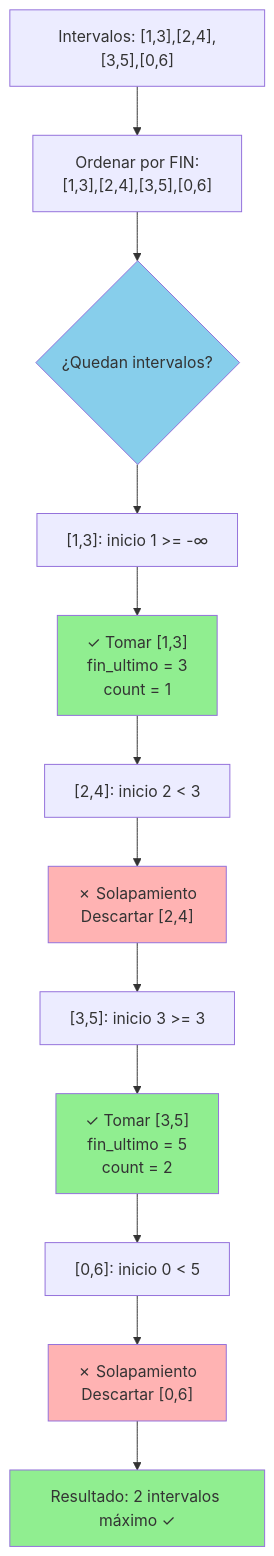
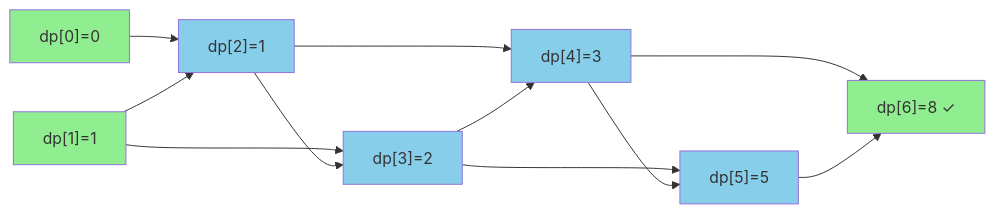
One commit to nehuenlabs/estudios-algoritmos-recursividad changed diagram 18 of 58 in plantilla-soluciones.md. Above: the diagram before and after it, drawn with Mermaid. The commit also changed other lines of this file, not shown here.

````diff
--- a/plantilla-soluciones.md
+++ b/plantilla-soluciones.md
@@ -547,31 +599,29 @@
 ```mermaid
-flowchart TD
-    A["Intervalos: [1,3],[2,4],[3,5],[0,6]"]
-    B["Ordenar por FIN:\n[1,3],[2,4],[3,5],[0,6]"]
-    C{"¿Quedan intervalos?"}
+flowchart LR
+    T0["dp[0]=0"]
+    T1["dp[1]=1"]
+    T2["dp[2]=1"]
+    T3["dp[3]=2"]
+    T4["dp[4]=3"]
+    T5["dp[5]=5"]
+    T6["dp[6]=8 ✓"]
 
-    P1["[1,3]: inicio 1 >= -∞"]
-    OK1["✓ Tomar [1,3]\nfin_ultimo = 3\ncount = 1"]
+    T0 --> T2
+    T1 --> T2
+    T1 --> T3
+    T2 --> T3
+    T2 --> T4
+    T3 --> T4
+    T3 --> T5
+    T4 --> T5
+    T4 --> T6
+    T5 --> T6
 
-    P2["[2,4]: inicio 2 < 3"]
-    NO2["✗ Solapamiento\nDescartar [2,4]"]
-
-    P3["[3,5]: inicio 3 >= 3"]
-    OK3["✓ Tomar [3,5]\nfin_ultimo = 5\ncount = 2"]
-
-    P4["[0,6]: inicio 0 < 5"]
-    NO4["✗ Solapamiento\nDescartar [0,6]"]
-
-    R["Resultado: 2 intervalos máximo ✓"]
-
-    A --> B --> C
-    C --> P1 --> OK1 --> P2 --> NO2 --> P3 --> OK3 --> P4 --> NO4
-    NO4 --> R
-
-    style OK1 fill:#90EE90
-    style OK3 fill:#90EE90
-    style NO2 fill:#FFB3B3
-    style NO4 fill:#FFB3B3
-    style R fill:#90EE90
-    style C fill:#87CEEB
+    style T0 fill:#90EE90
+    style T1 fill:#90EE90
+    style T6 fill:#90EE90
+    style T2 fill:#87CEEB
+    style T3 fill:#87CEEB
+    style T4 fill:#87CEEB
+    style T5 fill:#87CEEB
 ```
````
